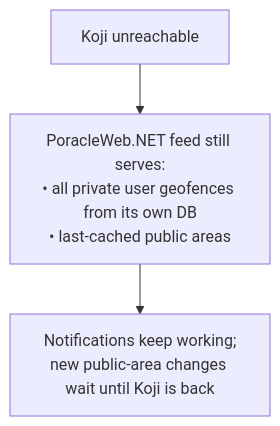
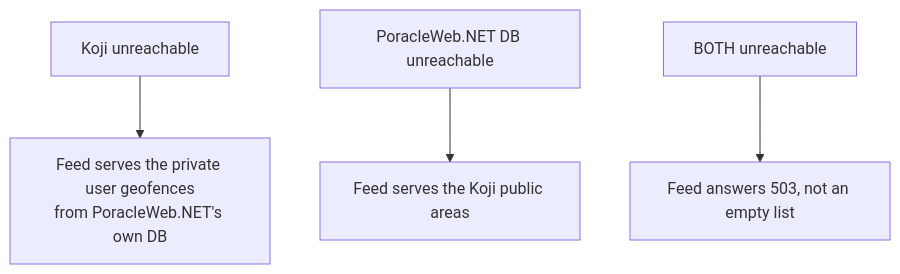
Before and after one commit to PGAN-Dev/PoracleWeb.NET: the first of 2 diagrams in docs/features/custom-geofences/troubleshooting.md, drawn with Mermaid. The commit also changed other lines of this file and 86 other files, not shown here.

````diff
--- a/docs/features/custom-geofences/troubleshooting.md
+++ b/docs/features/custom-geofences/troubleshooting.md
@@ -36,5 +36,6 @@
 ```mermaid
 flowchart TD
-    K[Koji unreachable] --> F[PoracleWeb.NET feed still serves:<br/>• all private user geofences from its own DB<br/>• last-cached public areas]
-    F --> N[Notifications keep working;<br/>new public-area changes wait until Koji is back]
+    K[Koji unreachable] --> F[Feed serves the private user geofences<br/>from PoracleWeb.NET's own DB]
+    D[PoracleWeb.NET DB unreachable] --> G[Feed serves the Koji public areas]
+    B[BOTH unreachable] --> E[Feed answers 503, not an empty list]
 ```
````
